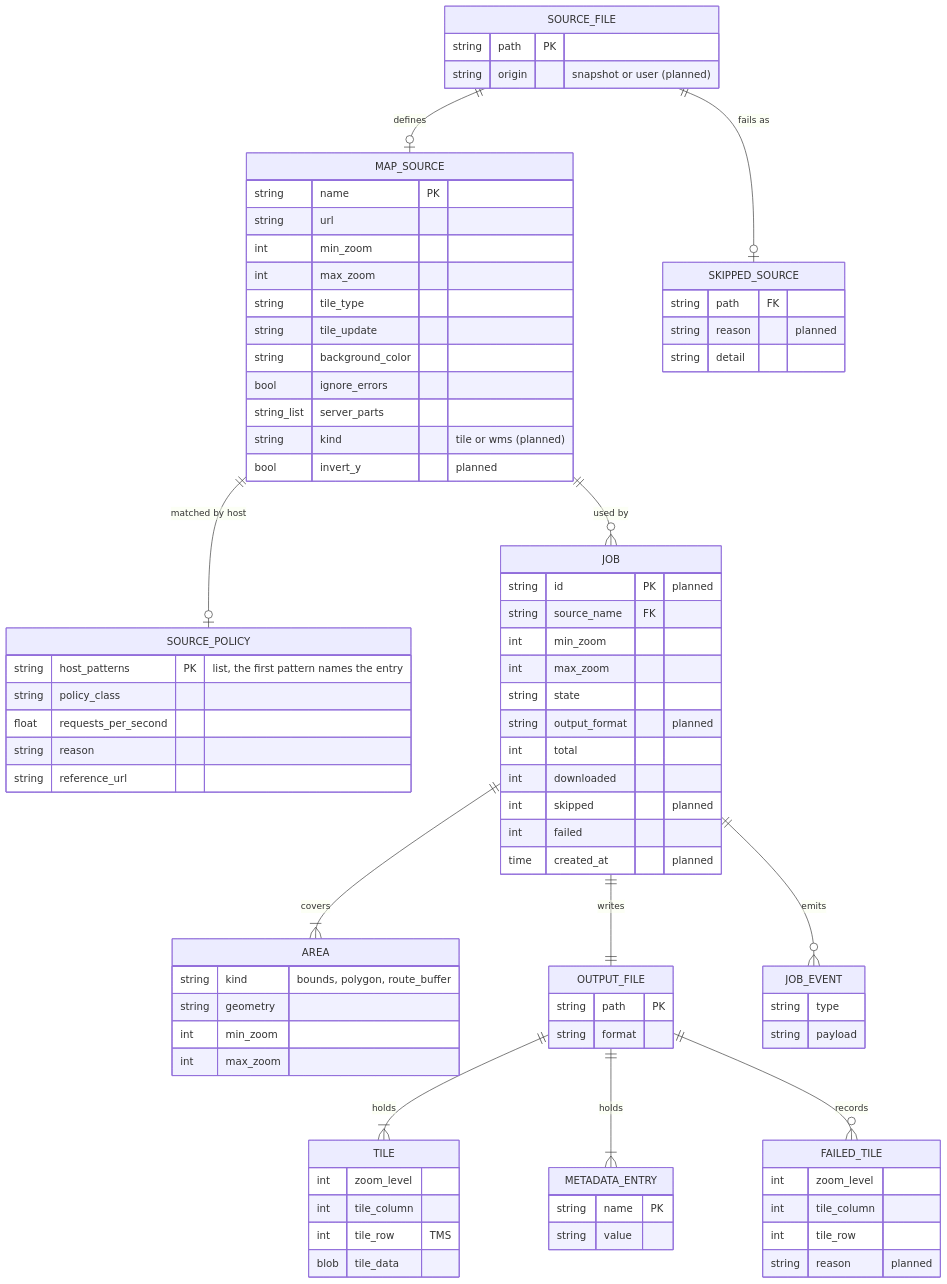
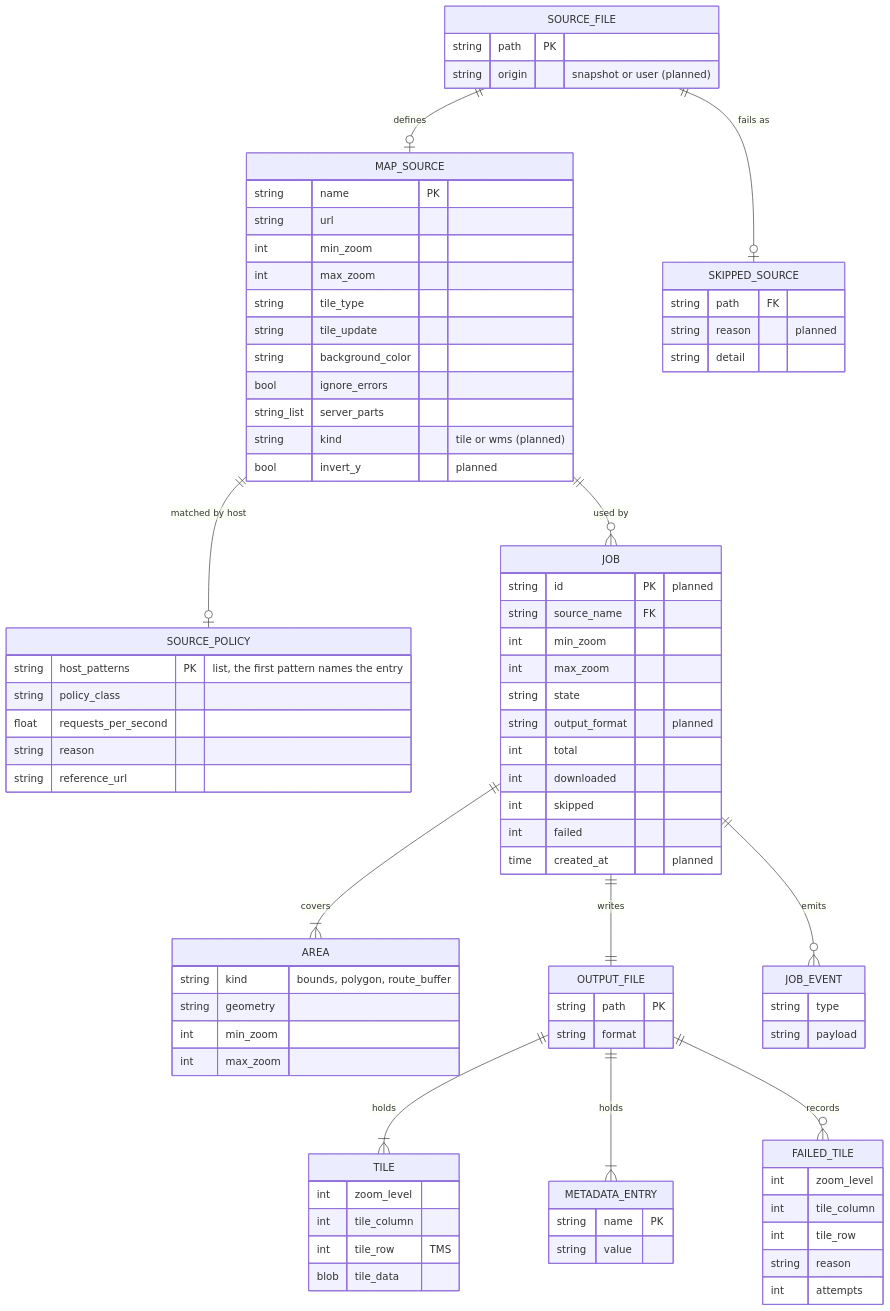
One commit to Crank-Git/ATAKMapDownloader changed the second of 3 diagrams in docs/specs/spec.md. Above: the diagram before and after it, drawn with Mermaid. The commit also changed other lines of this file and 12 other files, not shown here.

```diff
--- a/docs/specs/spec.md
+++ b/docs/specs/spec.md
@@ -255,7 +255,7 @@
     string output_format "planned"
     int total
     int downloaded
-    int skipped "planned"
+    int skipped
     int failed
     time created_at "planned"
   }
@@ -283,7 +283,8 @@
     int zoom_level
     int tile_column
     int tile_row
-    string reason "planned"
+    string reason
+    int attempts
   }
   JOB_EVENT {
     string type
```
